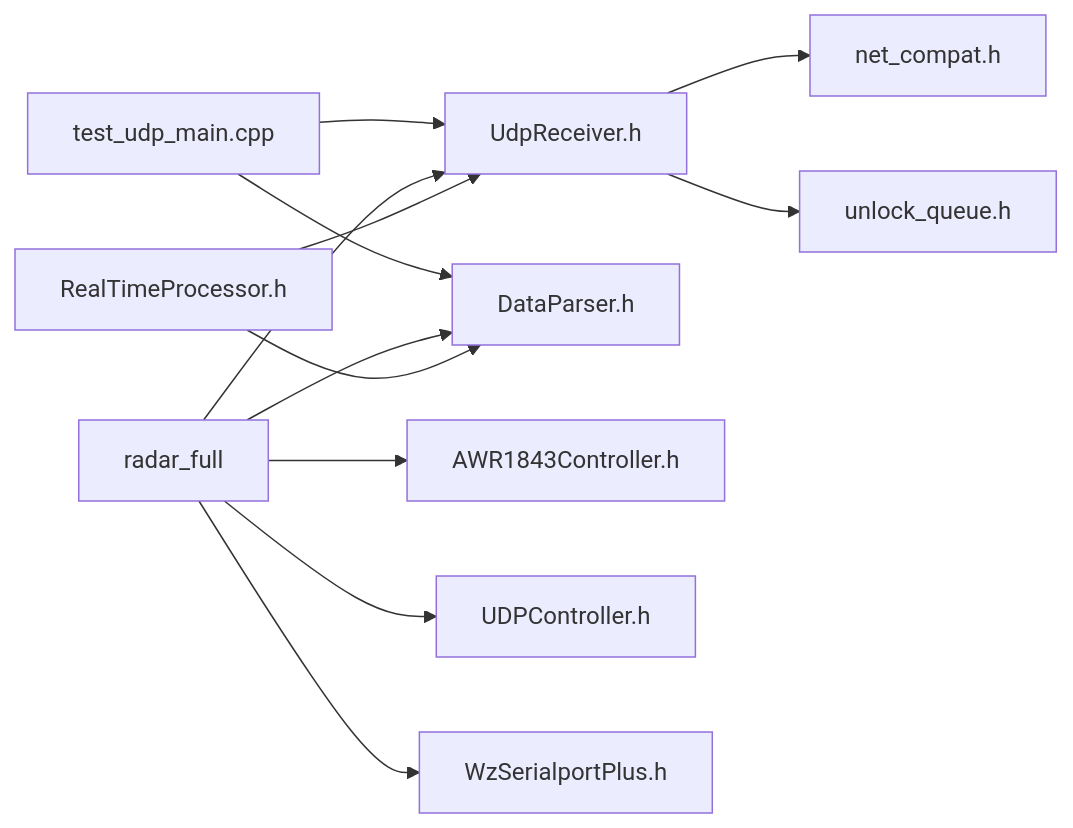
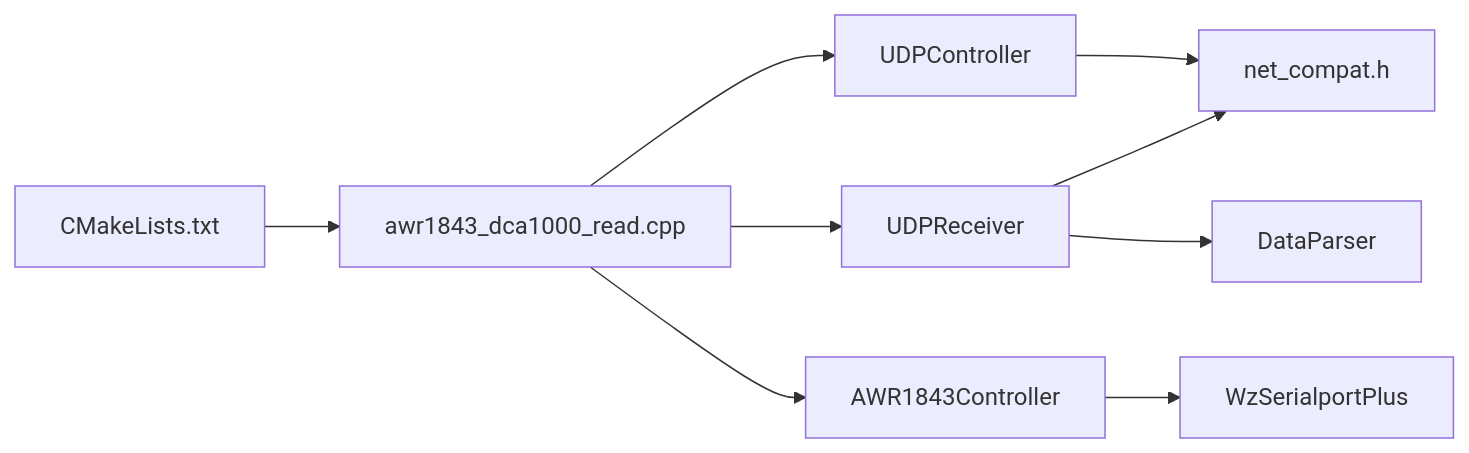
The sixth of 6 diagrams in .qoder/repowiki/zh/content/项目概述与整体架构.md (Lukad77/awr1843-radar-toolkit), drawn with Mermaid before and after one commit. The commit also changed other lines of this file and 106 other files, not shown here.

````diff
--- a/.qoder/repowiki/zh/content/项目概述与整体架构.md
+++ b/.qoder/repowiki/zh/content/项目概述与整体架构.md
@@ -371,14 +262,11 @@
 ```mermaid
 graph LR
-TUDP["test_udp_main.cpp"] --> UR["UdpReceiver.h"]
-TUDP --> DP["DataParser.h"]
-RF["radar_full"] --> ARC["AWR1843Controller.h"]
-RF --> UC["UDPController.h"]
-RF --> UR
-RF --> DP
-RF --> WSP["WzSerialportPlus.h"]
-UR --> NC["net_compat.h"]
-UR --> UQ["unlock_queue.h"]
-RTP["RealTimeProcessor.h"] --> UR
-RTP --> DP
+CMake["CMakeLists.txt"] --> Main["awr1843_dca1000_read.cpp"]
+Main --> UdpCtrl["UDPController"]
+Main --> UdpRecv["UDPReceiver"]
+Main --> RadarCtrl["AWR1843Controller"]
+UdpCtrl --> Net["net_compat.h"]
+UdpRecv --> Net
+RadarCtrl --> Serial["WzSerialportPlus"]
+UdpRecv --> Parser["DataParser"]
 ```
````
